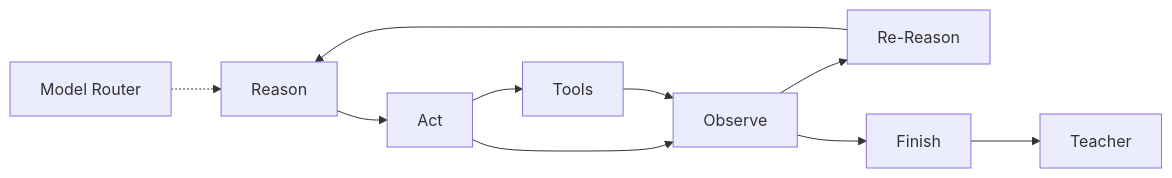
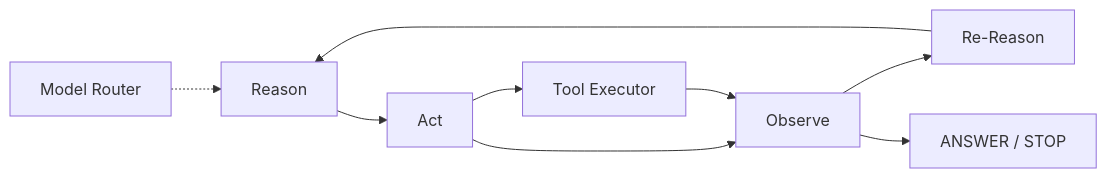
Before and after one commit to Erdoschn/Study-agent: the second of 2 diagrams in README.md, drawn with Mermaid. The commit also changed other lines of this file, not shown here.

Commit message:
docs: update README architecture diagrams

````diff
--- a/README.md
+++ b/README.md
@@ -117,25 +125,22 @@
 ```mermaid
 flowchart LR
 
     R["Reason"]
     A["Act"]
     O["Observe"]
     RR["Re-Reason"]
+    FINISH["ANSWER / STOP"]
 
     R --> A
     A --> O
     O --> RR
     RR --> R
+    O --> FINISH
 
     MR["Model Router"]
-    TOOLS["Tools"]
-    FINISH["Finish"]
-    TEACH["Teacher"]
+    TOOLS["Tool Executor"]
 
     MR -.-> R
     A --> TOOLS
     TOOLS --> O
-
-    O --> FINISH
-    FINISH --> TEACH
 ```
````
